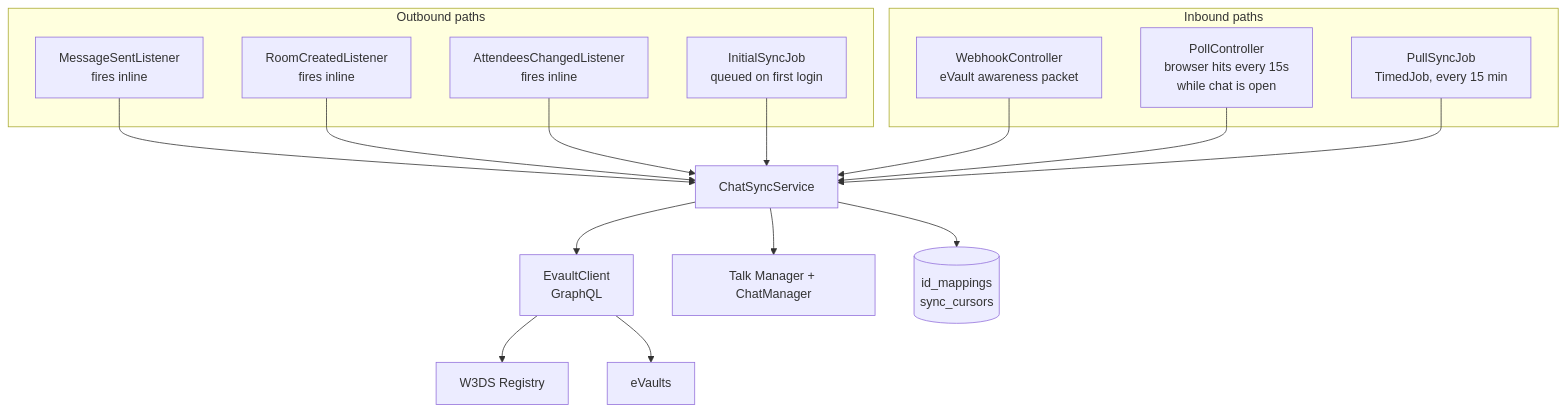
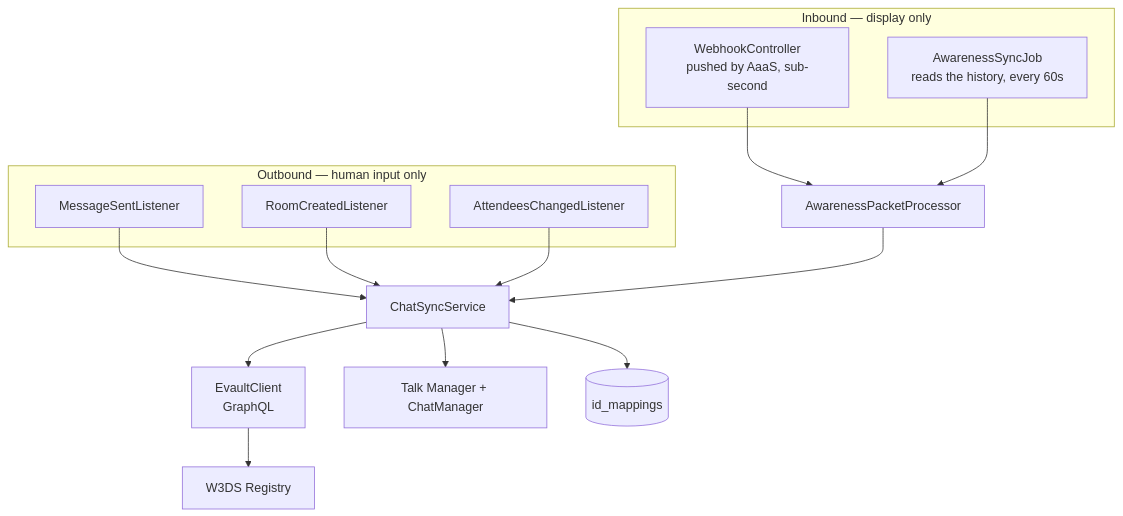
One commit to ensombl/nextcloud-w3ds-login changed the third of 3 diagrams in docs/how-it-works.md. Above: the diagram before and after it, drawn with Mermaid. The commit also changed other lines of this file and 36 other files, not shown here.

First line of the commit message:
Fix/nc architecture (#36)

````diff
--- a/docs/how-it-works.md
+++ b/docs/how-it-works.md
@@ -95,29 +96,25 @@
 ```mermaid
 flowchart TB
-    subgraph Outbound paths
-        L1[MessageSentListener<br/>fires inline]
-        L2[RoomCreatedListener<br/>fires inline]
-        L3[AttendeesChangedListener<br/>fires inline]
-        IS[InitialSyncJob<br/>queued on first login]
+    subgraph Outbound["Outbound — human input only"]
+        L1[MessageSentListener]
+        L2[RoomCreatedListener]
+        L3[AttendeesChangedListener]
     end
 
-    subgraph Inbound paths
-        WH[WebhookController<br/>eVault awareness packet]
-        PR[PollController<br/>browser hits every 15s<br/>while chat is open]
-        PS[PullSyncJob<br/>TimedJob, every 15 min]
+    subgraph Inbound["Inbound — display only"]
+        WH[WebhookController<br/>pushed by AaaS, sub-second]
+        AJ[AwarenessSyncJob<br/>reads the history, every 60s]
     end
 
     L1 --> CSS[ChatSyncService]
     L2 --> CSS
     L3 --> CSS
-    IS --> CSS
-    WH --> CSS
-    PR --> CSS
-    PS --> CSS
+    WH --> APP[AwarenessPacketProcessor]
+    AJ --> APP
+    APP --> CSS
 
     CSS --> EV[EvaultClient<br/>GraphQL]
     CSS --> Talk[Talk Manager + ChatManager]
-    CSS --> DB[(id_mappings<br/>sync_cursors)]
+    CSS --> DB[(id_mappings)]
     EV --> R[W3DS Registry]
-    EV --> Vaults[eVaults]
 ```
````
